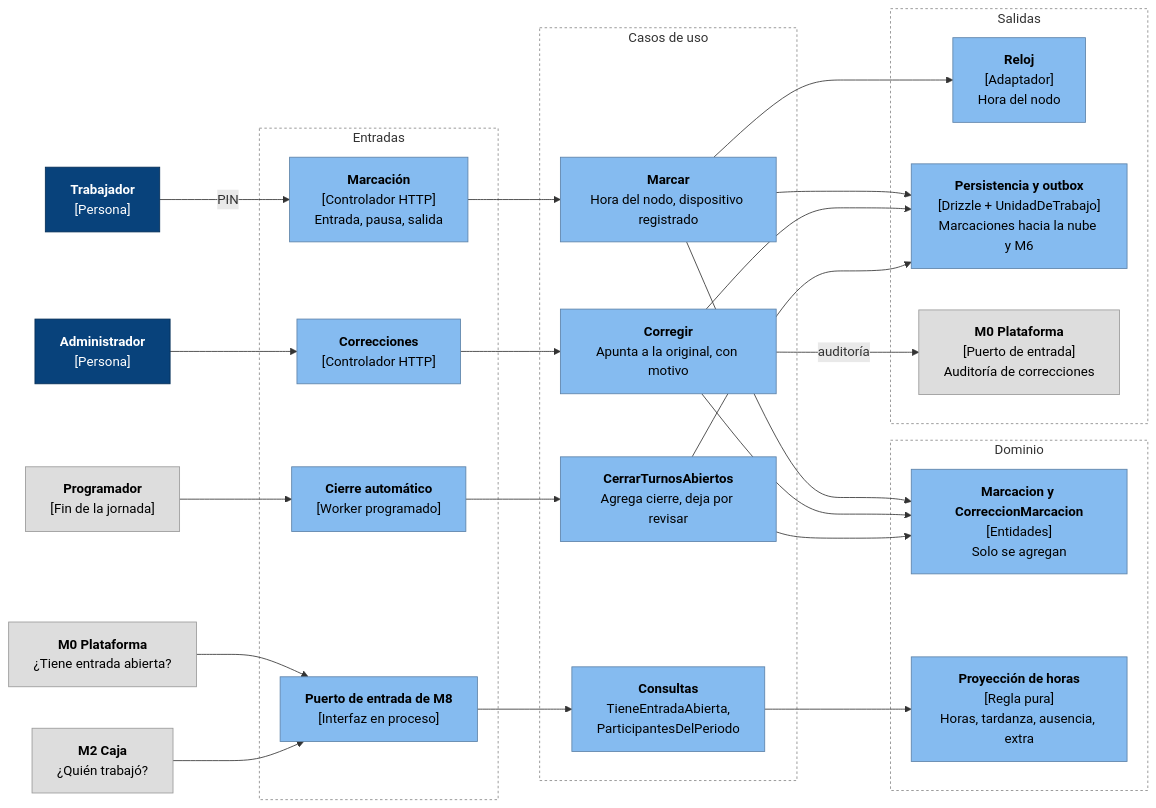
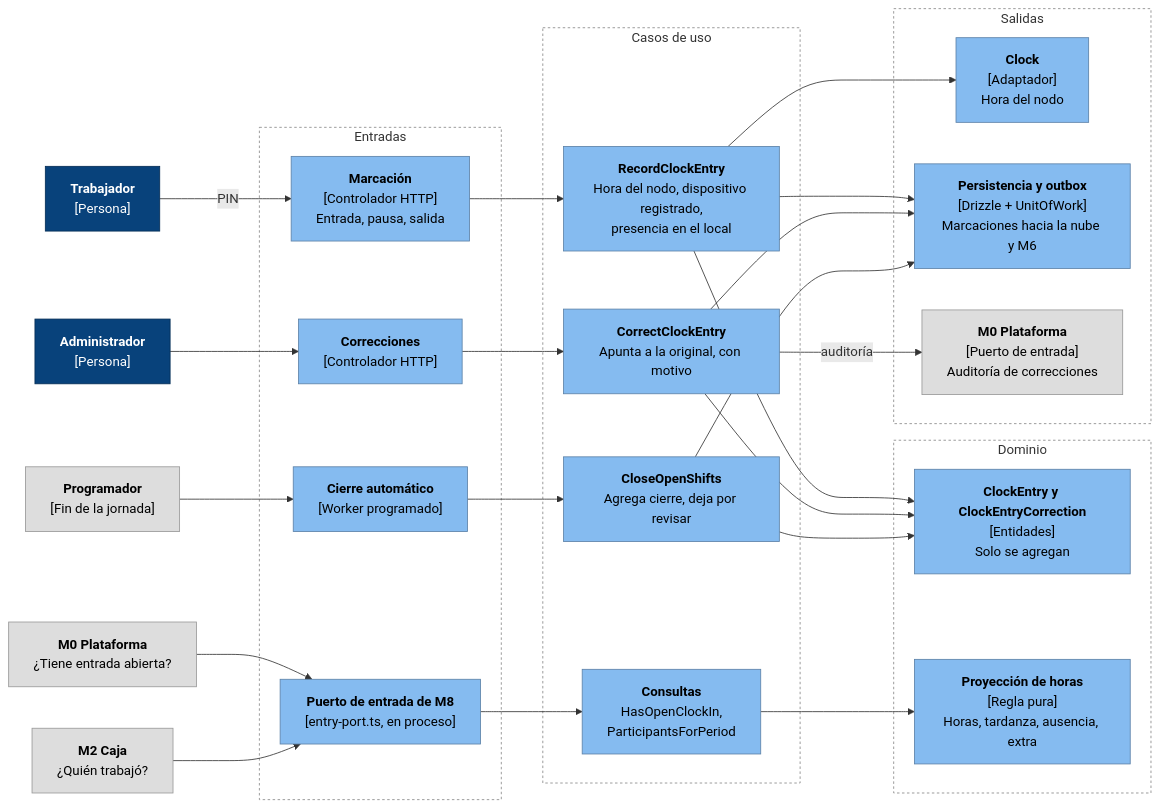
The first of 2 diagrams in docs/arquitectura/componentes/c4-m8-asistencia.md (CesarJOtizM/blackHole), drawn with Mermaid before and after one commit. The commit also changed other lines of this file and 159 other files, not shown here.

````diff
--- a/docs/arquitectura/componentes/c4-m8-asistencia.md
+++ b/docs/arquitectura/componentes/c4-m8-asistencia.md
@@ -14,63 +14,63 @@
 ```mermaid
 flowchart LR
   PER["<b>Trabajador</b><br/>[Persona]"]:::persona
   ADM["<b>Administrador</b><br/>[Persona]"]:::persona
   PRG["<b>Programador</b><br/>[Fin de la jornada]"]:::modulo
   M0I["<b>M0 Plataforma</b><br/>¿Tiene entrada abierta?"]:::modulo
   M2I["<b>M2 Caja</b><br/>¿Quién trabajó?"]:::modulo
 
   subgraph Entradas["Entradas"]
     HTTP["<b>Marcación</b><br/>[Controlador HTTP]<br/>Entrada, pausa, salida"]:::componente
     CORR["<b>Correcciones</b><br/>[Controlador HTTP]"]:::componente
     WCIE["<b>Cierre automático</b><br/>[Worker programado]"]:::componente
-    PIE["<b>Puerto de entrada de M8</b><br/>[Interfaz en proceso]"]:::componente
+    PIE["<b>Puerto de entrada de M8</b><br/>[entry-port.ts, en proceso]"]:::componente
   end
 
   subgraph Aplicacion["Casos de uso"]
-    UC_MAR["<b>Marcar</b><br/>Hora del nodo, dispositivo registrado"]:::componente
-    UC_COR["<b>Corregir</b><br/>Apunta a la original, con motivo"]:::componente
-    UC_CIE["<b>CerrarTurnosAbiertos</b><br/>Agrega cierre, deja por revisar"]:::componente
-    UC_Q["<b>Consultas</b><br/>TieneEntradaAbierta,<br/>ParticipantesDelPeriodo"]:::componente
+    UC_MAR["<b>RecordClockEntry</b><br/>Hora del nodo, dispositivo registrado,<br/>presencia en el local"]:::componente
+    UC_COR["<b>CorrectClockEntry</b><br/>Apunta a la original, con motivo"]:::componente
+    UC_CIE["<b>CloseOpenShifts</b><br/>Agrega cierre, deja por revisar"]:::componente
+    UC_Q["<b>Consultas</b><br/>HasOpenClockIn,<br/>ParticipantsForPeriod"]:::componente
   end
 
   subgraph Dominio["Dominio"]
-    D_MAR["<b>Marcacion y CorreccionMarcacion</b><br/>[Entidades]<br/>Solo se agregan"]:::componente
+    D_MAR["<b>ClockEntry y ClockEntryCorrection</b><br/>[Entidades]<br/>Solo se agregan"]:::componente
     D_HOR["<b>Proyección de horas</b><br/>[Regla pura]<br/>Horas, tardanza, ausencia, extra"]:::componente
   end
 
   subgraph Salida["Salidas"]
-    REL["<b>Reloj</b><br/>[Adaptador]<br/>Hora del nodo"]:::componente
-    REPO["<b>Persistencia y outbox</b><br/>[Drizzle + UnidadDeTrabajo]<br/>Marcaciones hacia la nube y M6"]:::componente
+    REL["<b>Clock</b><br/>[Adaptador]<br/>Hora del nodo"]:::componente
+    REPO["<b>Persistencia y outbox</b><br/>[Drizzle + UnitOfWork]<br/>Marcaciones hacia la nube y M6"]:::componente
     M0["<b>M0 Plataforma</b><br/>[Puerto de entrada]<br/>Auditoría de correcciones"]:::modulo
   end
 
   PER -- "PIN" --> HTTP
   ADM --> CORR
   PRG --> WCIE
   M0I --> PIE
   M2I --> PIE
 
   HTTP --> UC_MAR
   CORR --> UC_COR
   WCIE --> UC_CIE
   PIE --> UC_Q
 
   UC_MAR --> D_MAR
   UC_COR --> D_MAR
   UC_CIE --> D_MAR
   UC_Q --> D_HOR
 
   UC_MAR --> REL
   UC_MAR --> REPO
   UC_COR --> REPO
   UC_CIE --> REPO
   UC_COR -- "auditoría" --> M0
 
   classDef persona fill:#08427b,stroke:#052e56,color:#fff
   classDef componente fill:#85bbf0,stroke:#5d82a8,color:#000
   classDef modulo fill:#dddddd,stroke:#999999,color:#000
   style Entradas fill:none,stroke:#888,stroke-dasharray: 3 3
   style Aplicacion fill:none,stroke:#888,stroke-dasharray: 3 3
   style Dominio fill:none,stroke:#888,stroke-dasharray: 3 3
   style Salida fill:none,stroke:#888,stroke-dasharray: 3 3
 ```
````
